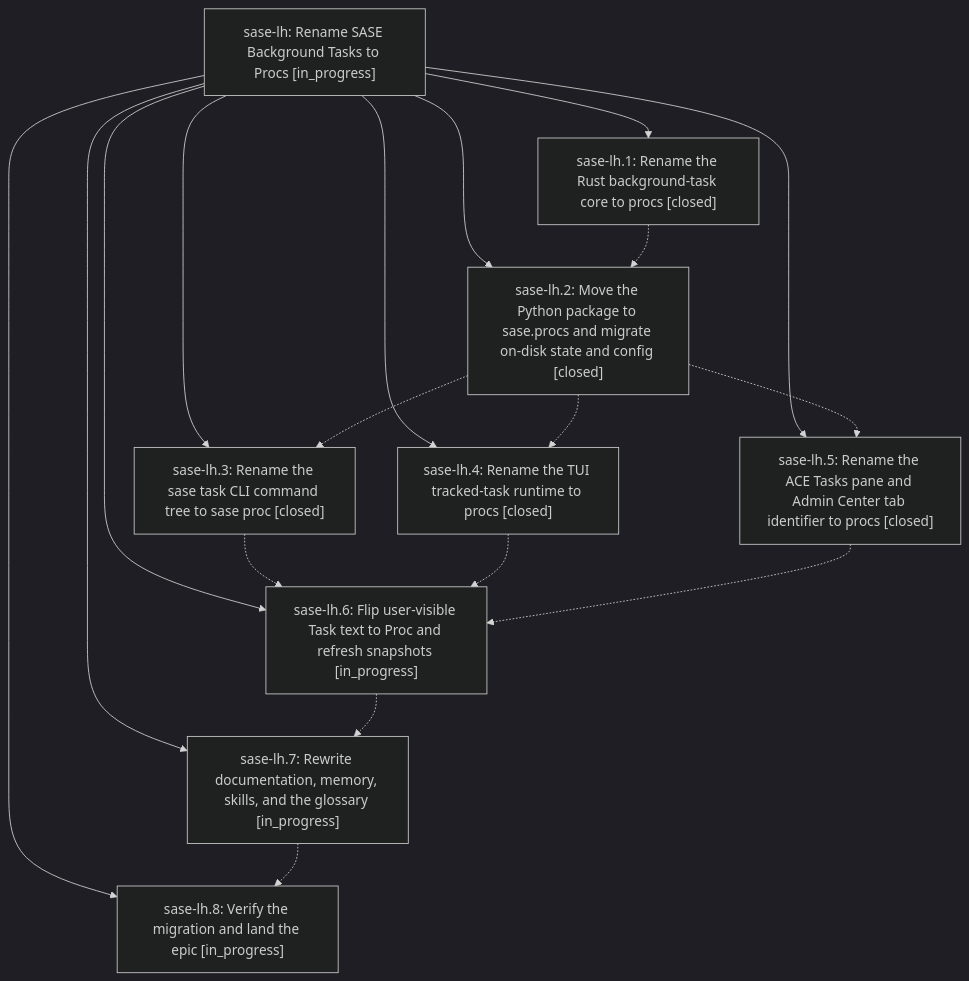
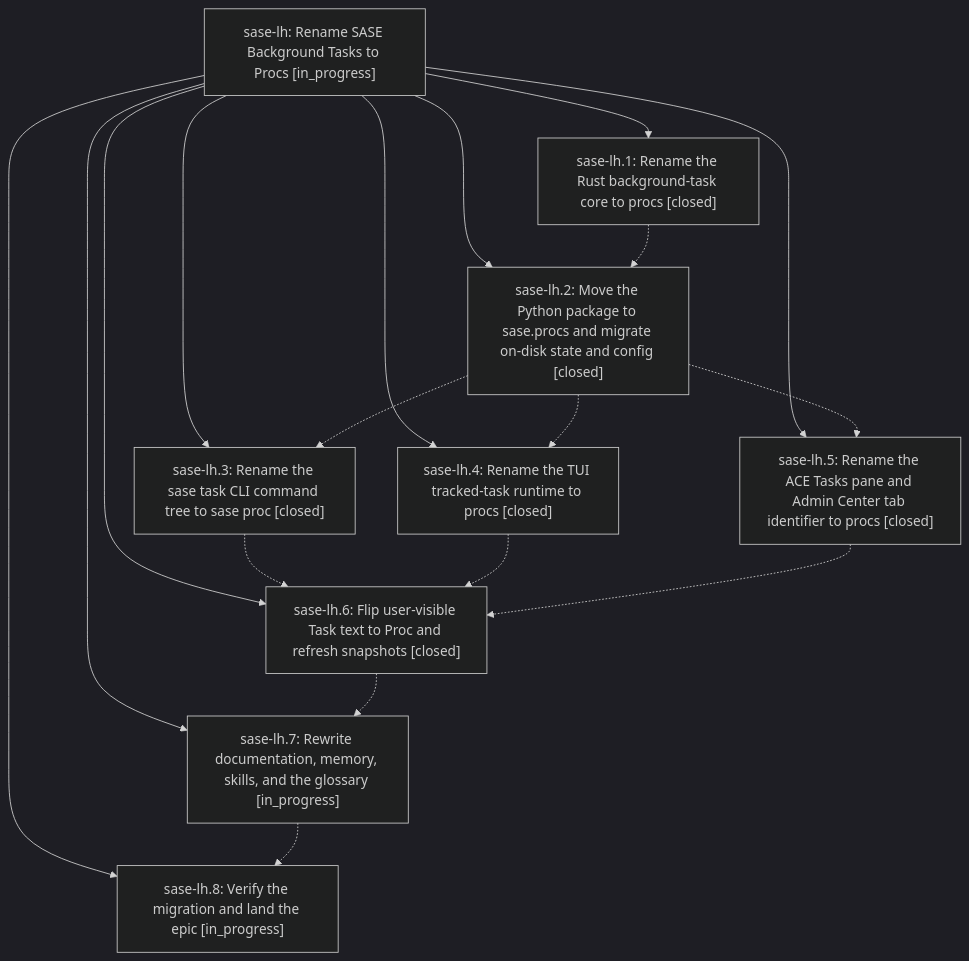
One commit to sase-org/sase--beads changed the diagram in pages/sase-lh/README.md. Above: the diagram before and after it, drawn with Mermaid (dark theme). The commit also changed other lines of this file and 5 other files, not shown here.

````diff
--- a/pages/sase-lh/README.md
+++ b/pages/sase-lh/README.md
@@ -33,29 +33,29 @@
 ```mermaid
 flowchart TD
     n0["sase-lh: Rename SASE Background Tasks to Procs [in_progress]"]
     n1["sase-lh.1: Rename the Rust background-task core to procs [closed]"]
     n2["sase-lh.2: Move the Python package to sase.procs and migrate on-disk state and config [closed]"]
     n3["sase-lh.3: Rename the sase task CLI command tree to sase proc [closed]"]
     n4["sase-lh.4: Rename the TUI tracked-task runtime to procs [closed]"]
     n5["sase-lh.5: Rename the ACE Tasks pane and Admin Center tab identifier to procs [closed]"]
-    n6["sase-lh.6: Flip user-visible Task text to Proc and refresh snapshots [in_progress]"]
+    n6["sase-lh.6: Flip user-visible Task text to Proc and refresh snapshots [closed]"]
     n7["sase-lh.7: Rewrite documentation, memory, skills, and the glossary [in_progress]"]
     n8["sase-lh.8: Verify the migration and land the epic [in_progress]"]
     n0 --> n1
     n0 --> n2
     n0 --> n3
     n0 --> n4
     n0 --> n5
     n0 --> n6
     n0 --> n7
     n0 --> n8
     n1 -.-> n2
     n2 -.-> n3
     n2 -.-> n4
     n2 -.-> n5
     n3 -.-> n6
     n4 -.-> n6
     n5 -.-> n6
     n6 -.-> n7
     n7 -.-> n8
 ```
````
